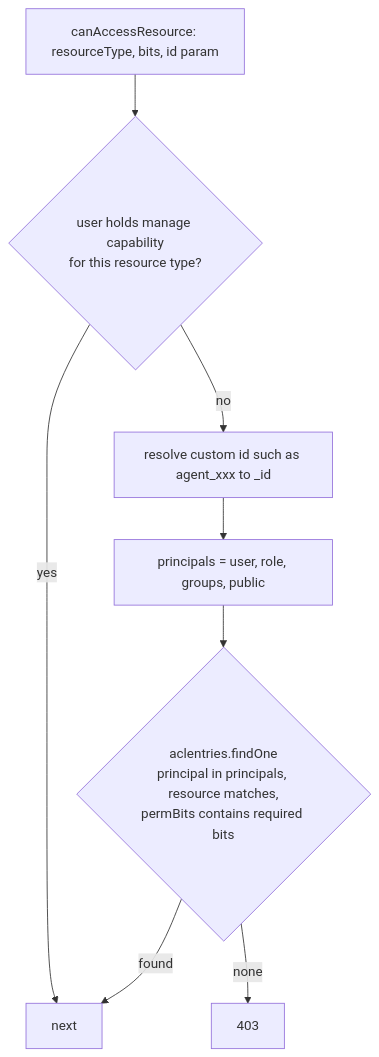
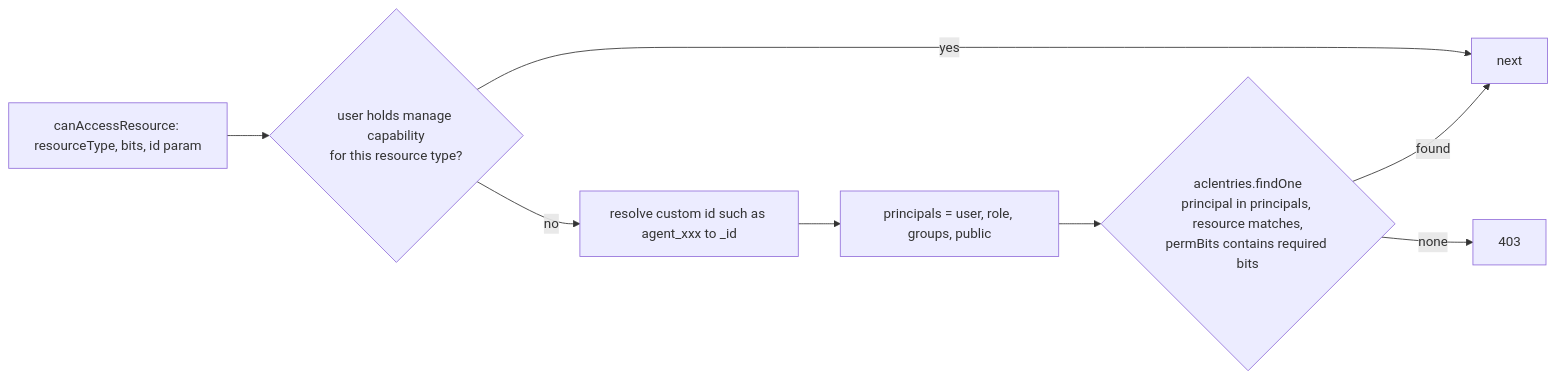
One commit to ritchie-xl/LibreChat changed the ninth of 24 diagrams in docs/architecture/README.md. Above: the diagram before and after it, drawn with Mermaid. The commit also changed other lines of this file, not shown here.

First line of the commit message:
docs: lay out long architecture flowcharts in stages

````diff
--- a/docs/architecture/README.md
+++ b/docs/architecture/README.md
@@ -375,10 +385,10 @@
 ```mermaid
-flowchart TB
+flowchart LR
   Q["canAccessResource: resourceType, bits, id param"] --> H1{"user holds manage capability<br/>for this resource type?"}
   H1 -->|yes| OK["next"]
   H1 -->|no| H2["resolve custom id such as agent_xxx to _id"]
   H2 --> H3["principals = user, role, groups, public"]
   H3 --> H4{"aclentries.findOne<br/>principal in principals, resource matches,<br/>permBits contains required bits"}
   H4 -->|found| OK
   H4 -->|none| F["403"]
 ```
````
